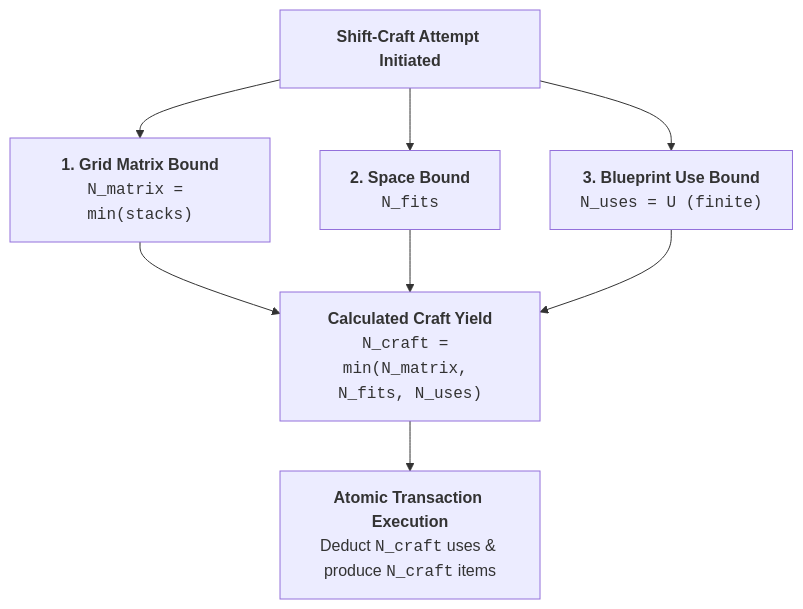
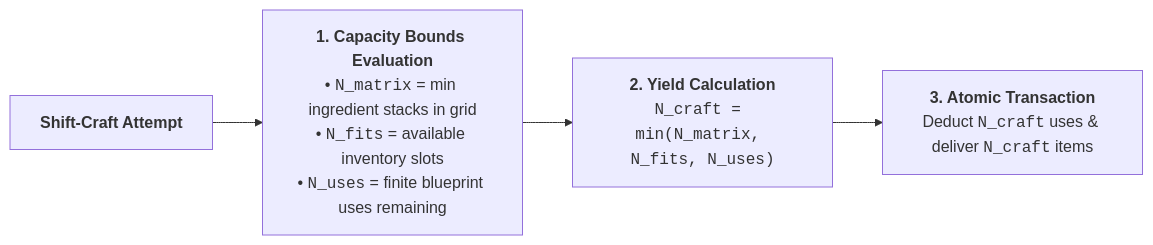
Before and after one commit to XZtotal/CraftingBlueprints-Wiki: the first of 2 diagrams in docs/mechanics/crafting-table.md, drawn with Mermaid. The commit also changed 21 other files, not shown here.

Commit message:
style(docs): widen all remaining vertical diagrams to horizontal pipelines and guarantee shadow-DOM centering

````diff
--- a/docs/mechanics/crafting-table.md
+++ b/docs/mechanics/crafting-table.md
@@ -29,13 +29,4 @@
 ```mermaid
-flowchart TD
-    Init["<b>Shift-Craft Attempt Initiated</b>"]
-    B1["<b>1. Grid Matrix Bound</b><br/><code>N_matrix = min(stacks)</code>"]
-    B2["<b>2. Space Bound</b><br/><code>N_fits</code>"]
-    B3["<b>3. Blueprint Use Bound</b><br/><code>N_uses = U (finite)</code>"]
-    Calc["<b>Calculated Craft Yield</b><br/><code>N_craft = min(N_matrix, N_fits, N_uses)</code>"]
-    Exec["<b>Atomic Transaction Execution</b><br/>Deduct <code>N_craft</code> uses &amp; produce <code>N_craft</code> items"]
-
-    Init --> B1 & B2 & B3
-    B1 & B2 & B3 --> Calc
-    Calc --> Exec
+flowchart LR
+    Init["<b>Shift-Craft Attempt</b>"] --> Bounds["<b>1. Capacity Bounds Evaluation</b><br/>• <code>N_matrix</code> = min ingredient stacks in grid<br/>• <code>N_fits</code> = available inventory slots<br/>• <code>N_uses</code> = finite blueprint uses remaining"] --> Calc["<b>2. Yield Calculation</b><br/><code>N_craft = min(N_matrix, N_fits, N_uses)</code>"] --> Exec["<b>3. Atomic Transaction</b><br/>Deduct <code>N_craft</code> uses &amp; deliver <code>N_craft</code> items"]
 ```
````
